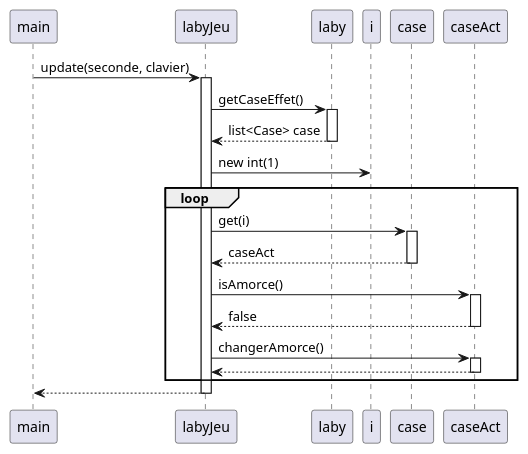
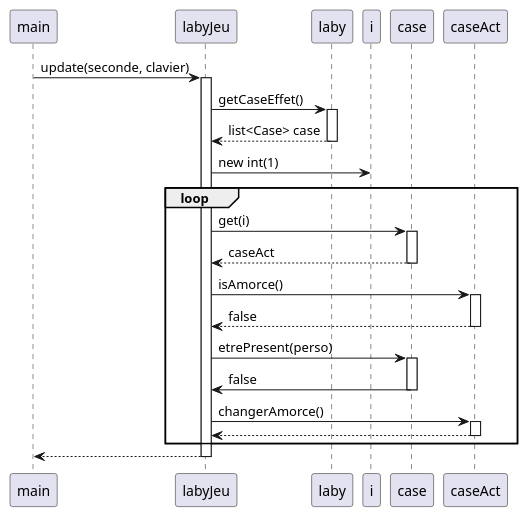
The diagram in zeldiablo/out/production/zeldiablo/gameLaby/laby/caseEffet/Amorcage_case_effet_deamorcé.puml (Cedran-Bastien/2022_Zeldiablo_Retter_Perez_Hergott_Bastien), drawn with PlantUML before and after one commit. The commit also changed 13 other files, not shown here.

```diff
--- a/zeldiablo/out/production/zeldiablo/gameLaby/laby/caseEffet/Amorcage_case_effet_deamorcé.puml
+++ b/zeldiablo/out/production/zeldiablo/gameLaby/laby/caseEffet/Amorcage_case_effet_deamorcé.puml
@@ -1,33 +1,38 @@
 @startuml
 'https://plantuml.com/sequence-diagram
 
 main -> labyJeu : update(seconde, clavier)
 activate labyJeu
 
 labyJeu -> laby : getCaseEffet()
 activate laby
 laby --> labyJeu : list<Case> case
 deactivate laby
 
 labyJeu -> i : new int(1)
 
 loop
 labyJeu -> case : get(i)
 activate case
 case --> labyJeu : caseAct
 deactivate case
 
 labyJeu -> caseAct : isAmorce()
 activate caseAct
 caseAct --> labyJeu : false
 deactivate caseAct
 
+labyJeu -> case : etrePresent(perso)
+activate case
+case -> labyJeu : false
+deactivate case
+
 labyJeu -> caseAct : changerAmorce()
 activate caseAct
 caseAct --> labyJeu
 deactivate caseAct
 end
 
 labyJeu -->main
 deactivate labyJeu
 @enduml
```
